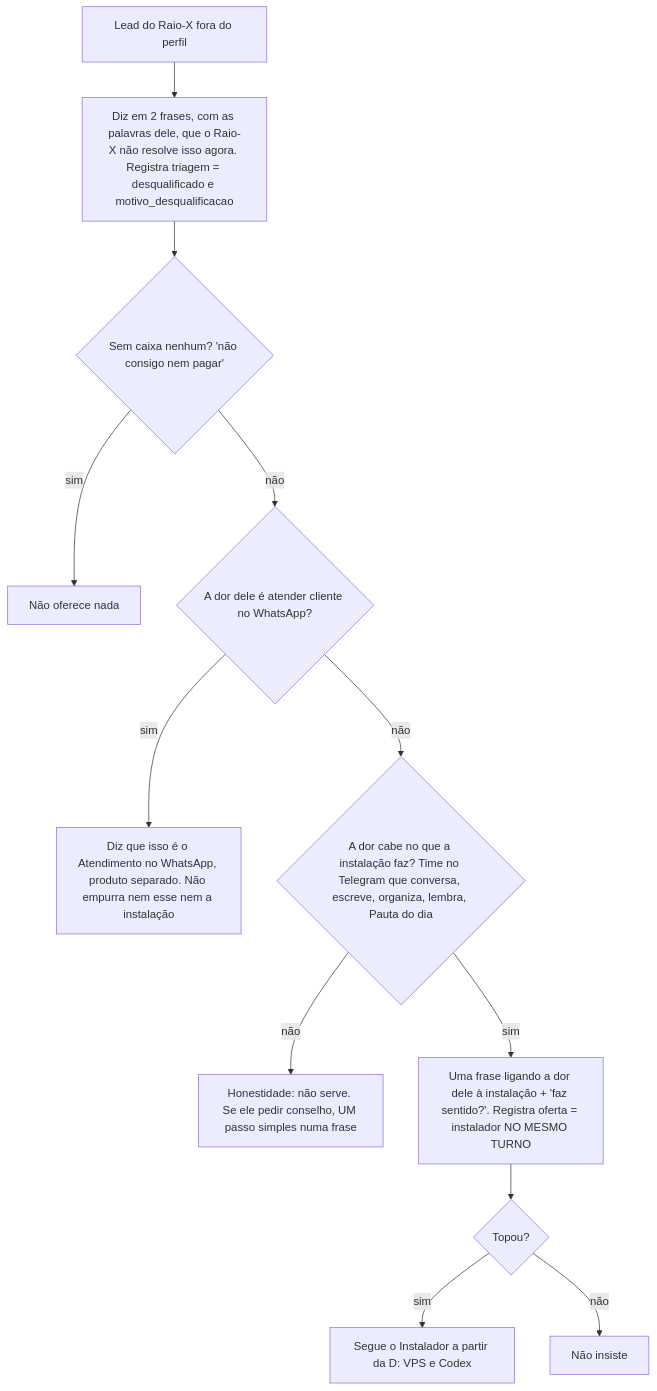
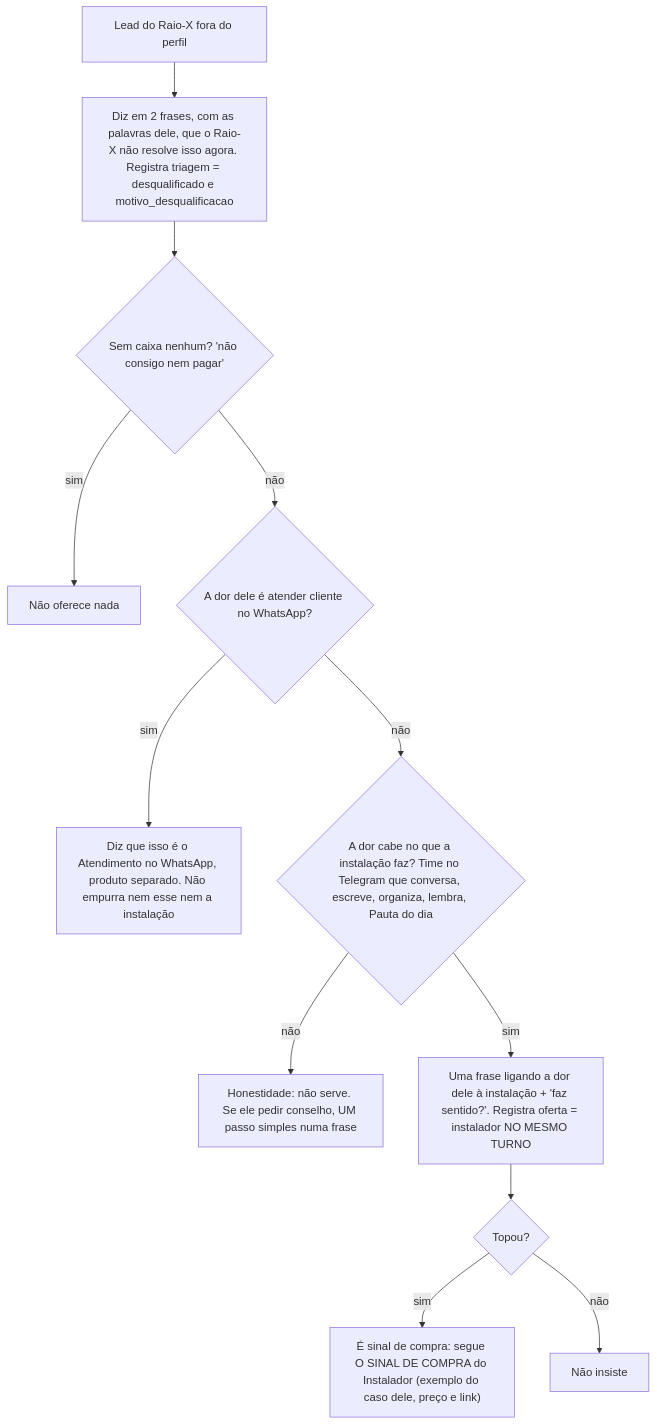
One commit to tallessouza/agente-whatsapp changed the fifth of 10 diagrams in docs/ARVORES-DE-DECISAO.md. Above: the diagram before and after it, drawn with Mermaid. The commit also changed other lines of this file and 19 other files, not shown here.

````diff
--- a/docs/ARVORES-DE-DECISAO.md
+++ b/docs/ARVORES-DE-DECISAO.md
@@ -165,14 +183,14 @@
 ```mermaid
 flowchart TD
     A["Lead do Raio-X fora do perfil"] --> B["Diz em 2 frases, com as palavras dele, que o Raio-X não resolve isso agora. Registra triagem = desqualificado e motivo_desqualificacao"]
     B --> C{"Sem caixa nenhum? 'não consigo nem pagar'"}
     C -->|sim| N["Não oferece nada"]
     C -->|"não"| D{"A dor dele é atender cliente no WhatsApp?"}
     D -->|sim| W["Diz que isso é o Atendimento no WhatsApp, produto separado. Não empurra nem esse nem a instalação"]
     D -->|"não"| E{"A dor cabe no que a instalação faz? Time no Telegram que conversa, escreve, organiza, lembra, Pauta do dia"}
     E -->|"não"| H["Honestidade: não serve. Se ele pedir conselho, UM passo simples numa frase"]
     E -->|sim| F["Uma frase ligando a dor dele à instalação + 'faz sentido?'. Registra oferta = instalador NO MESMO TURNO"]
     F --> G{"Topou?"}
-    G -->|sim| I["Segue o Instalador a partir da D: VPS e Codex"]
+    G -->|sim| I["É sinal de compra: segue O SINAL DE COMPRA do Instalador (exemplo do caso dele, preço e link)"]
     G -->|"não"| J["Não insiste"]
 ```
````
